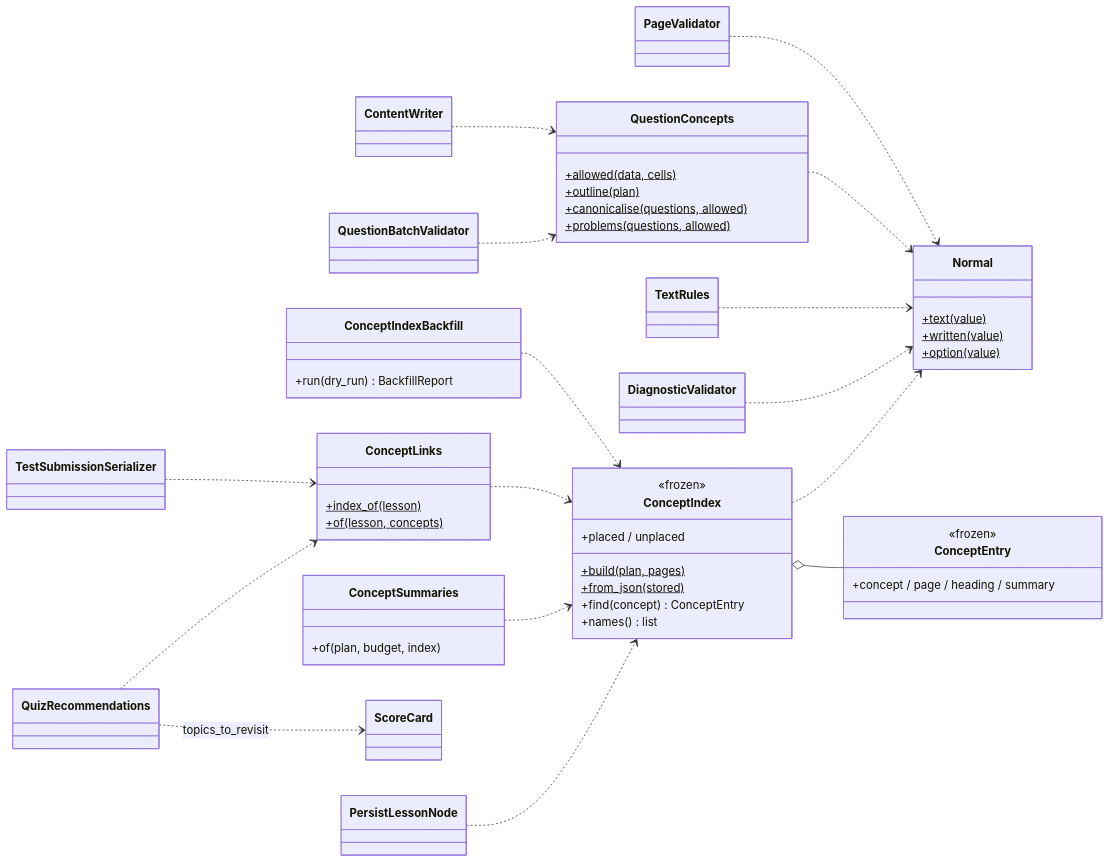
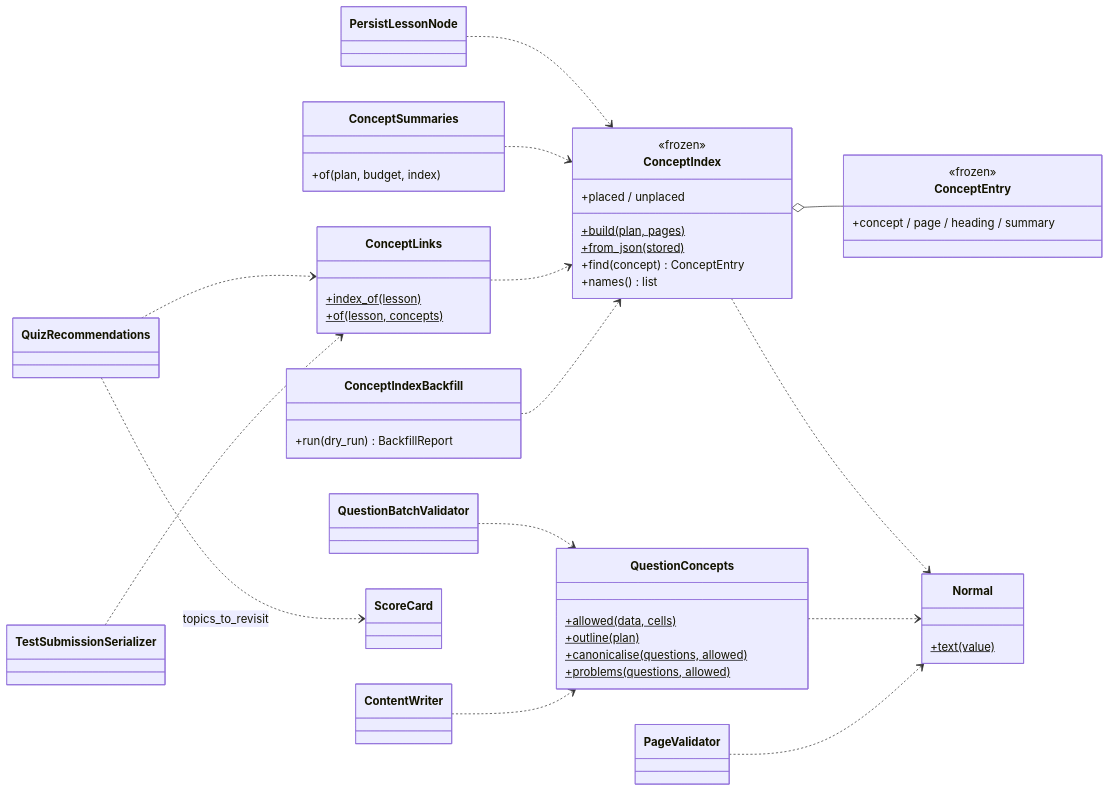
Diagram 29 of 40 in docs/architecture/design.md (Satyamkumarjha4/Intelilearn), drawn with Mermaid before and after one commit. The commit also changed other lines of this file and 103 other files, not shown here.

````diff
--- a/docs/architecture/design.md
+++ b/docs/architecture/design.md
@@ -2725,58 +2620,54 @@
 ```mermaid
 classDiagram
     direction LR
     class ConceptIndex {
         <<frozen>>
         +build(plan, pages)$
         +from_json(stored)$
         +find(concept) ConceptEntry
         +names() list
         +placed / unplaced
     }
     class ConceptEntry {
         <<frozen>>
         +concept / page / heading / summary
     }
     ConceptIndex o-- ConceptEntry
     class Normal {
         +text(value)$
-        +written(value)$
-        +option(value)$
     }
     ConceptIndex ..> Normal
-    DiagnosticValidator ..> Normal
-    TextRules ..> Normal
     class QuestionConcepts {
         +allowed(data, cells)$
         +outline(plan)$
         +canonicalise(questions, allowed)$
         +problems(questions, allowed)$
     }
     QuestionConcepts ..> Normal
     class PageValidator
     class QuestionBatchValidator
     class ContentWriter
     PageValidator ..> Normal
     QuestionBatchValidator ..> QuestionConcepts
     ContentWriter ..> QuestionConcepts
     class PersistLessonNode
     PersistLessonNode ..> ConceptIndex
     class ConceptSummaries {
         +of(plan, budget, index)
     }
     ConceptSummaries ..> ConceptIndex
     class ConceptLinks {
         +index_of(lesson)$
         +of(lesson, concepts)$
     }
     ConceptLinks ..> ConceptIndex
     class QuizRecommendations
     class TestSubmissionSerializer
     QuizRecommendations ..> ConceptLinks
     TestSubmissionSerializer ..> ConceptLinks
     QuizRecommendations ..> ScoreCard : topics_to_revisit
     class ConceptIndexBackfill {
         +run(dry_run) BackfillReport
     }
     ConceptIndexBackfill ..> ConceptIndex
 ```
````
